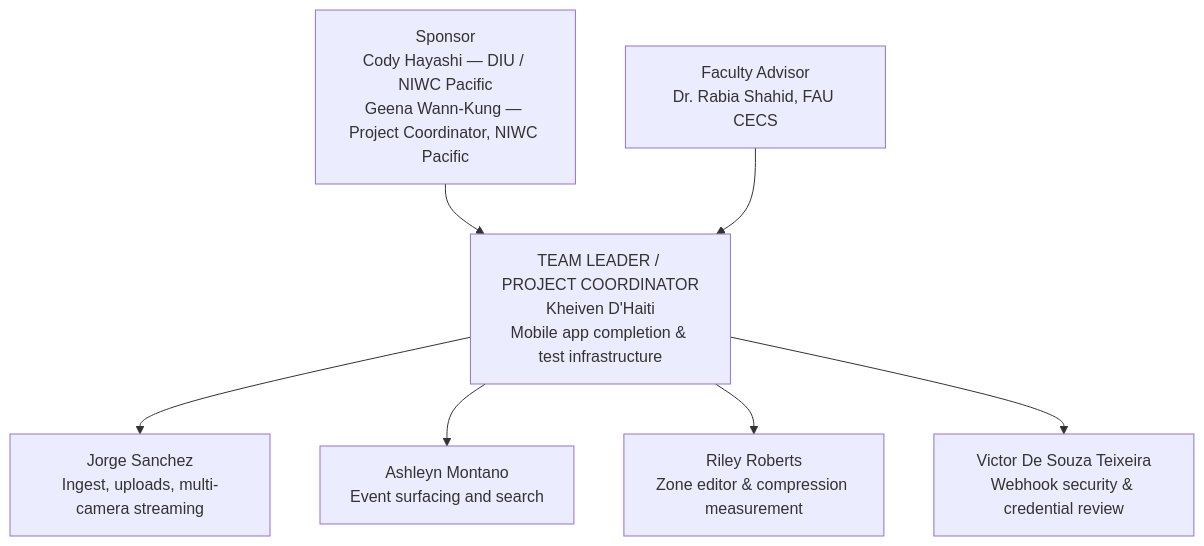
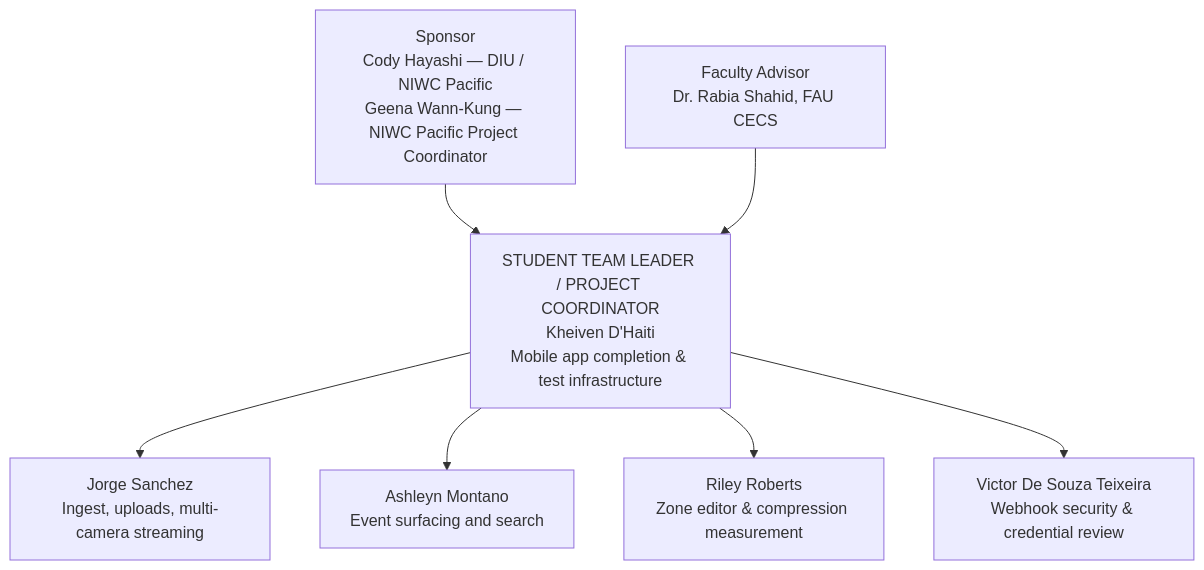
The diagram in docs/project-records/PROPOSAL-SECTION-2.7-ORG-CHART-AND-COMPLETED-TASKS.md (Blood-Dawn/Video-compression_2026), drawn with Mermaid before and after one commit. The commit also changed other lines of this file, not shown here.

````diff
--- a/docs/project-records/PROPOSAL-SECTION-2.7-ORG-CHART-AND-COMPLETED-TASKS.md
+++ b/docs/project-records/PROPOSAL-SECTION-2.7-ORG-CHART-AND-COMPLETED-TASKS.md
@@ -24,18 +24,18 @@
 ```mermaid
 flowchart TB
-    SPONSOR["Sponsor<br/>Cody Hayashi — DIU / NIWC Pacific<br/>Geena Wann-Kung — Project Coordinator, NIWC Pacific"]
+    SPONSOR["Sponsor<br/>Cody Hayashi — DIU / NIWC Pacific<br/>Geena Wann-Kung — NIWC Pacific Project Coordinator"]
     ADVISOR["Faculty Advisor<br/>Dr. Rabia Shahid, FAU CECS"]
-    LEADER["TEAM LEADER / PROJECT COORDINATOR<br/>Kheiven D'Haiti<br/>Mobile app completion & test infrastructure"]
+    LEADER["STUDENT TEAM LEADER / PROJECT COORDINATOR<br/>Kheiven D'Haiti<br/>Mobile app completion & test infrastructure"]
 
     JORGE["Jorge Sanchez<br/>Ingest, uploads, multi-camera streaming"]
     ASHLEYN["Ashleyn Montano<br/>Event surfacing and search"]
     RILEY["Riley Roberts<br/>Zone editor & compression measurement"]
     VICTOR["Victor De Souza Teixeira<br/>Webhook security & credential review"]
 
     SPONSOR --> LEADER
     ADVISOR --> LEADER
     LEADER --> JORGE
     LEADER --> ASHLEYN
     LEADER --> RILEY
     LEADER --> VICTOR
 ```
````
